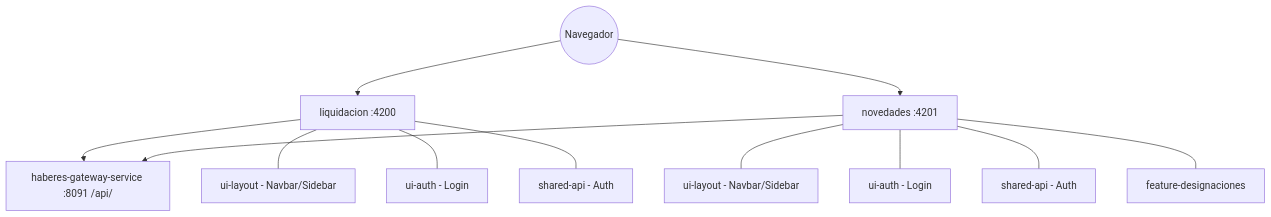
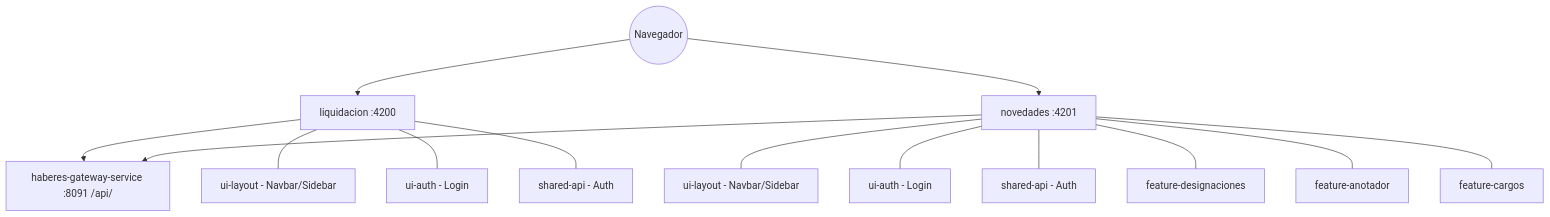
The diagram in docs/architecture.mermaid (UM-services/UM.haberes.frontend-client), drawn with Mermaid before and after one commit. The commit also changed 29 other files, not shown here.

First line of the commit message:
feat(novedades): add anotador and cargos feature libraries

```diff
--- a/docs/architecture.mermaid
+++ b/docs/architecture.mermaid
@@ -1,16 +1,18 @@
 graph TD
   Client((Navegador))
   Client-->Liquidacion[liquidacion :4200]
   Client-->Novedades[novedades :4201]
 
   Liquidacion-->Gateway[haberes-gateway-service :8091 /api/]
   Novedades-->Gateway
 
   Liquidacion---Layout1[ui-layout - Navbar/Sidebar]
   Liquidacion---Auth1[ui-auth - Login]
   Liquidacion---API1[shared-api - Auth]
 
   Novedades---Layout2[ui-layout - Navbar/Sidebar]
   Novedades---Auth2[ui-auth - Login]
   Novedades---API2[shared-api - Auth]
   Novedades---Desig[feature-designaciones]
+  Novedades---Anot[feature-anotador]
+  Novedades---Carg[feature-cargos]
```
